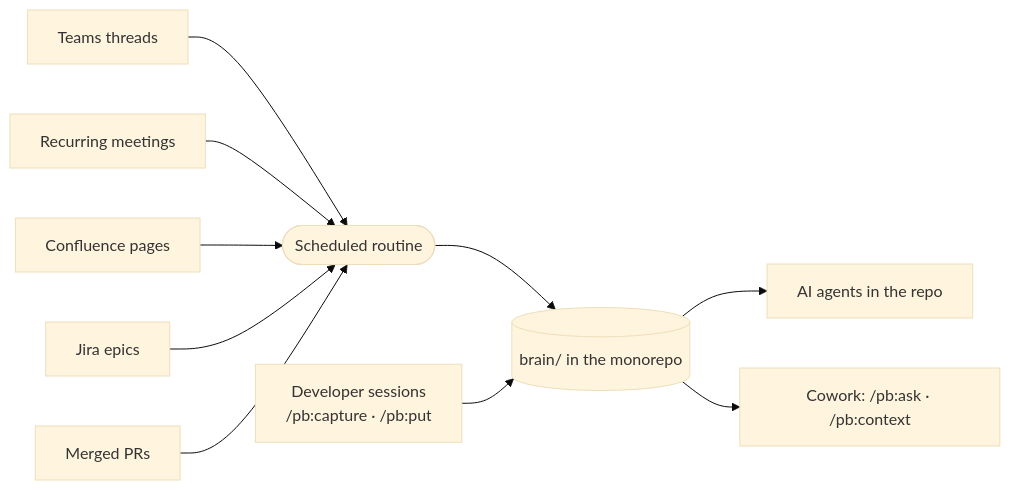
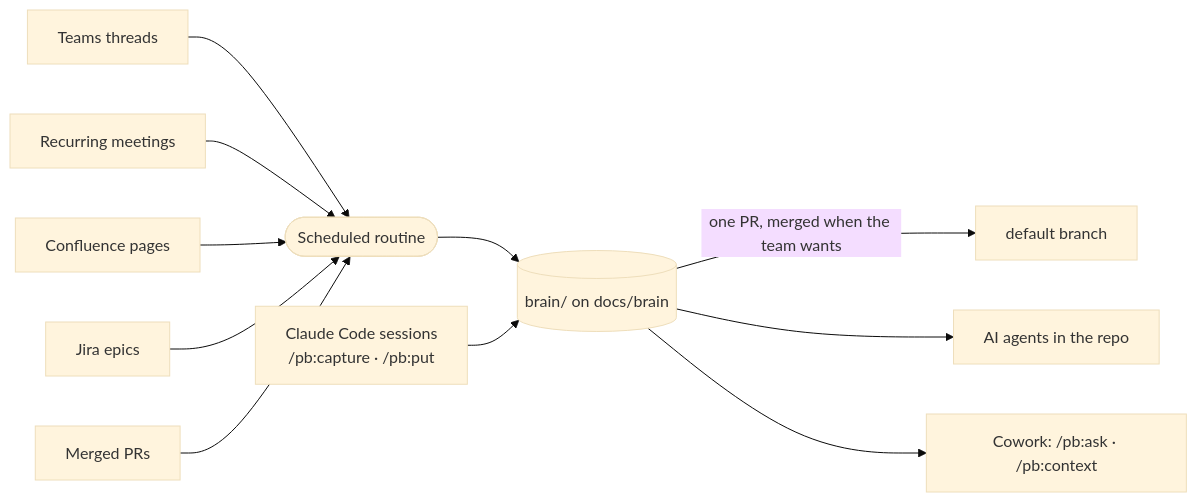
Before and after one commit to minox86/project-brain: the diagram in README.md, drawn with Mermaid (base theme). The commit also changed other lines of this file and 23 other files, not shown here.

````diff
--- a/README.md
+++ b/README.md
@@ -33,12 +34,13 @@
 ```mermaid
 flowchart LR
     T[Teams threads] --> R
     M[Recurring meetings] --> R
     C[Confluence pages] --> R
     J[Jira epics] --> R
     P[Merged PRs] --> R
-    R([Scheduled routine]) --> B[(brain/ in the monorepo)]
-    D[Developer sessions<br>/pb:capture · /pb:put] --> B
+    R([Scheduled routine]) --> B[(brain/ on docs/brain)]
+    D[Claude Code sessions<br>/pb:capture · /pb:put] --> B
+    B -- one PR, merged when the team wants --> K[default branch]
     B --> A[AI agents in the repo]
     B --> W[Cowork: /pb:ask · /pb:context]
 ```
````
